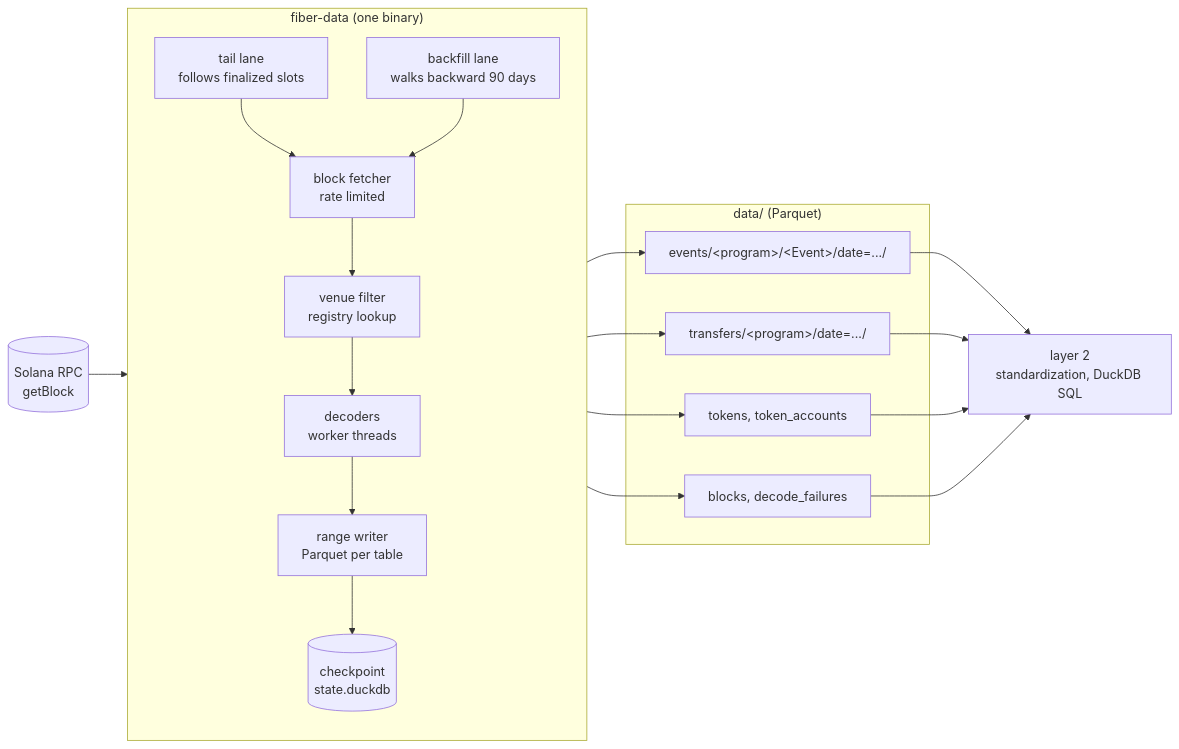
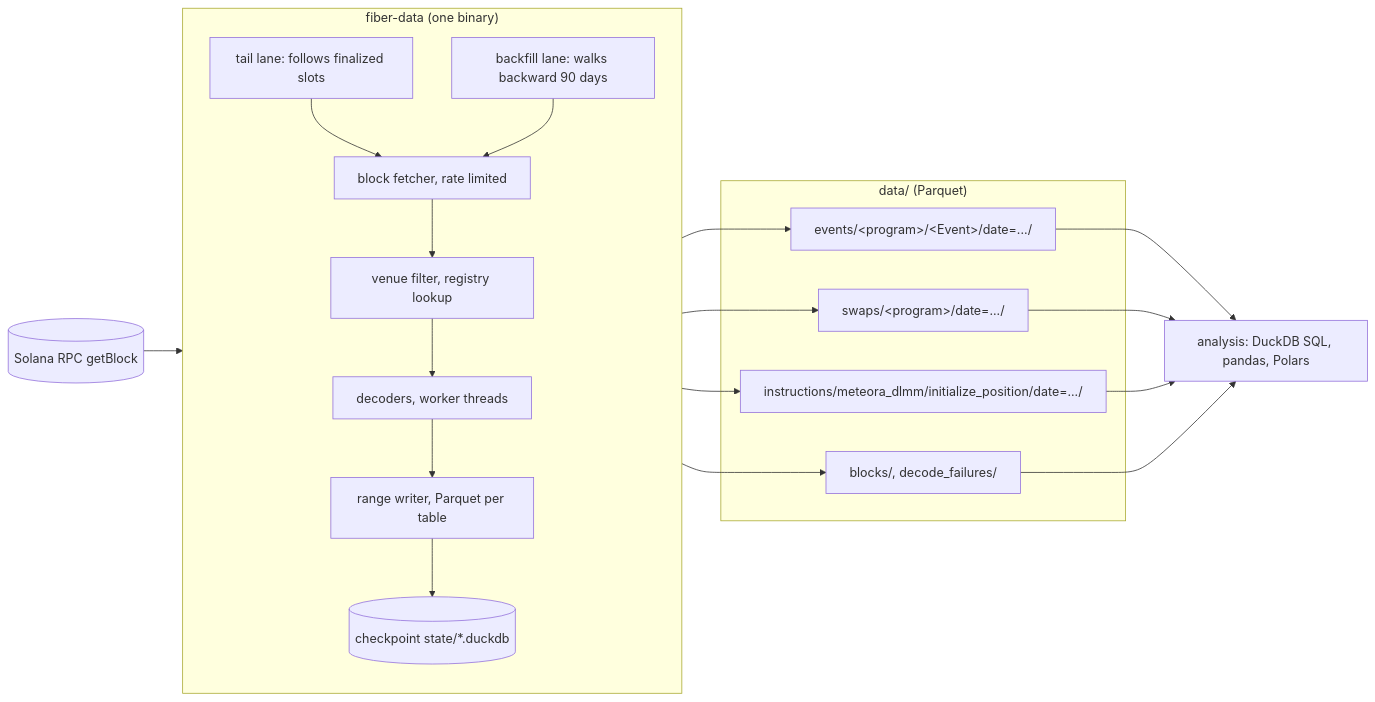
Before and after one commit to Noobmaster169/liquidity-data: the first of 5 diagrams in docs/superpowers/specs/2026-10-15-fiber-data-collector-design.md, drawn with Mermaid. The commit also changed other lines of this file, not shown here.

Commit message:
Spec: approved schema, envelope with outer_program, tier 2 swap rows, DLMM initialize_position table

````diff
--- a/docs/superpowers/specs/2026-10-15-fiber-data-collector-design.md
+++ b/docs/superpowers/specs/2026-10-15-fiber-data-collector-design.md
@@ -32,28 +37,28 @@
 ```mermaid
 flowchart LR
-    RPC[(Solana RPC\ngetBlock)]
+    RPC[("Solana RPC getBlock")]
     subgraph collector["fiber-data (one binary)"]
         direction TB
-        TAIL[tail lane\nfollows finalized slots]
-        BACK[backfill lane\nwalks backward 90 days]
-        FETCH[block fetcher\nrate limited]
-        FILTER[venue filter\nregistry lookup]
-        DEC[decoders\nworker threads]
-        WRITE[range writer\nParquet per table]
-        CKPT[(checkpoint\nstate.duckdb)]
+        TAIL["tail lane: follows finalized slots"]
+        BACK["backfill lane: walks backward 90 days"]
+        FETCH["block fetcher, rate limited"]
+        FILTER["venue filter, registry lookup"]
+        DEC["decoders, worker threads"]
+        WRITE["range writer, Parquet per table"]
+        CKPT[("checkpoint state/*.duckdb")]
     end
     subgraph data["data/ (Parquet)"]
-        EV[events/&lt;program&gt;/&lt;Event&gt;/date=.../]
-        TR[transfers/&lt;program&gt;/date=.../]
-        REF[tokens, token_accounts]
-        COV[blocks, decode_failures]
+        EV["events/&lt;program&gt;/&lt;Event&gt;/date=.../"]
+        SW["swaps/&lt;program&gt;/date=.../"]
+        INS["instructions/meteora_dlmm/initialize_position/date=.../"]
+        COV["blocks/, decode_failures/"]
     end
-    L2[layer 2\nstandardization, DuckDB SQL]
+    Q["analysis: DuckDB SQL, pandas, Polars"]
 
     TAIL --> FETCH
     BACK --> FETCH
     RPC --> FETCH --> FILTER --> DEC --> WRITE
-    WRITE --> EV & TR & REF & COV
+    WRITE --> EV & SW & INS & COV
     WRITE --> CKPT
-    EV & TR & REF & COV --> L2
+    EV & SW & INS & COV --> Q
 ```
````
